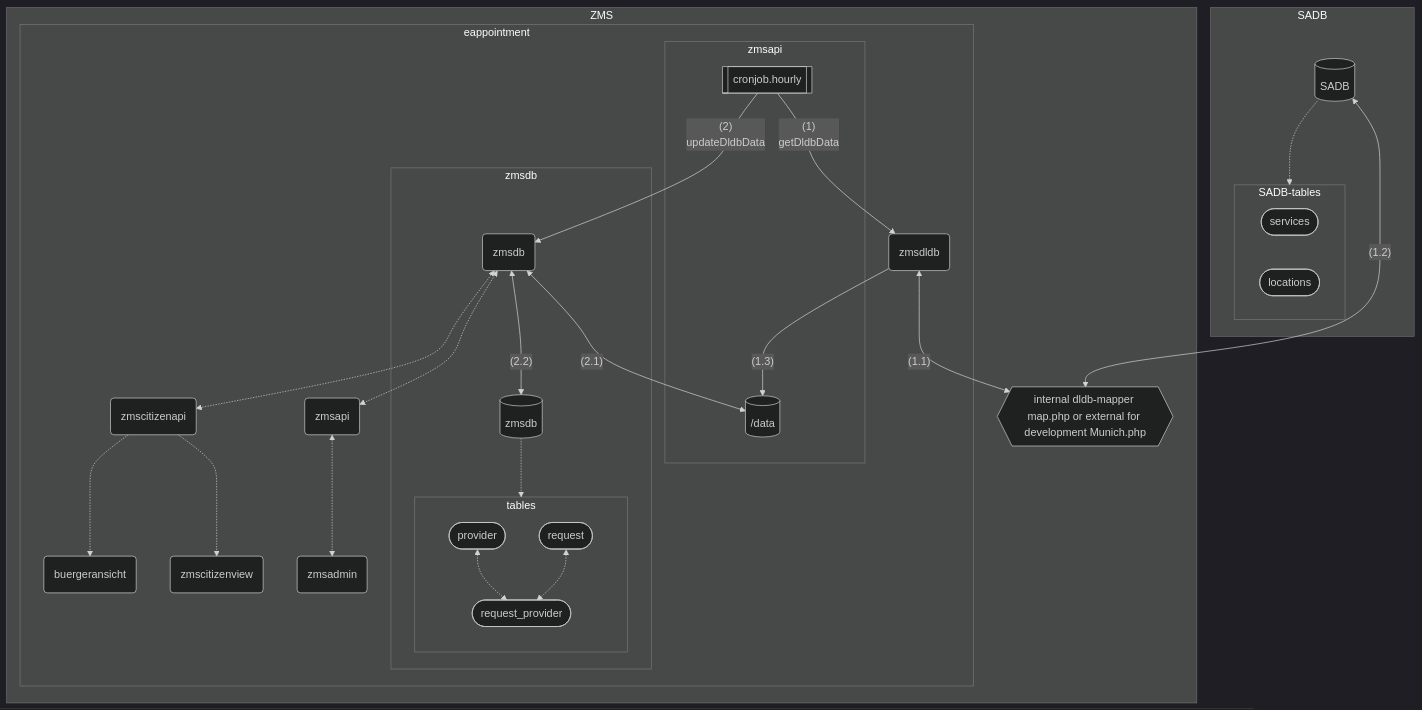
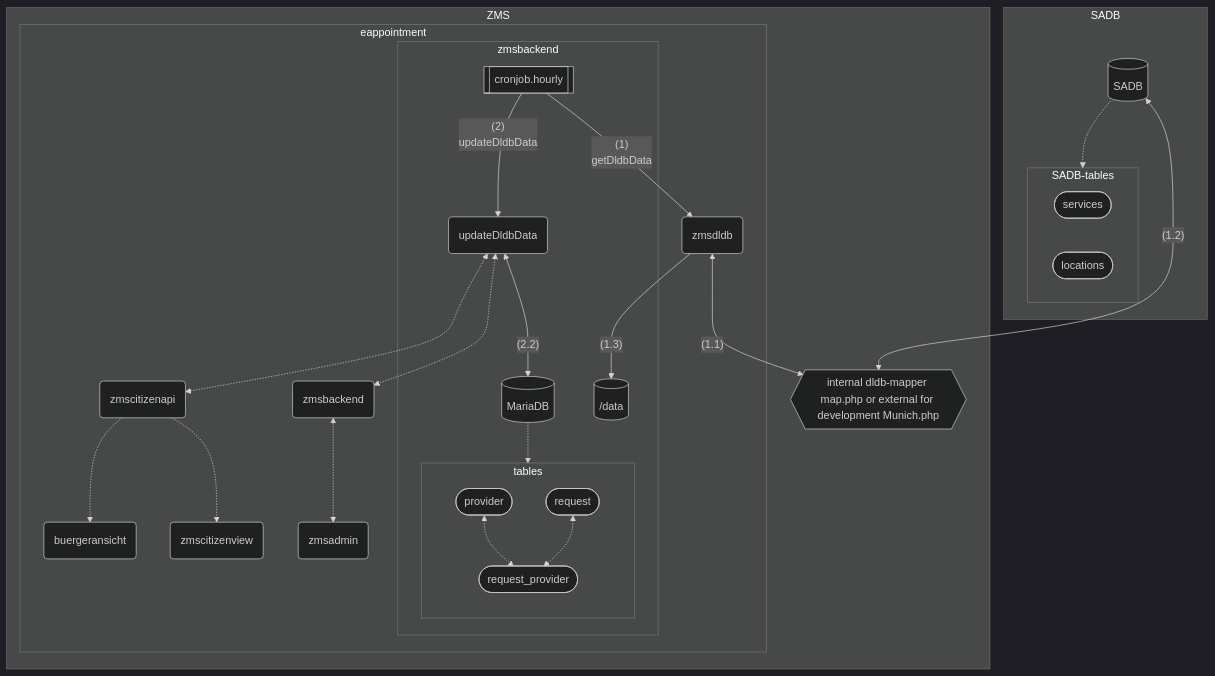
Before and after one commit to it-at-m/eappointment: the first of 3 diagrams in docs/en/operations/dldb-interface-documentation.md, drawn with Mermaid (dark theme). The commit also changed other lines of this file and 32 other files, not shown here.

````diff
--- a/docs/en/operations/dldb-interface-documentation.md
+++ b/docs/en/operations/dldb-interface-documentation.md
@@ -14,65 +14,61 @@
 ```mermaid
 flowchart TB
     subgraph SADB
         db1[(SADB)]
         db1 -.-> SADB-tables
         subgraph SADB-tables
             l([services])
             m([locations])
         end
     end
 
     map{{internal dldb-mapper map.php or external for development Munich.php}}
     db1 <-- "(1.2)" ---> map
 
     subgraph ZMS
 
         b <-- "(1.1)" --> map
 
 
         subgraph eappointment
 
-            subgraph zmsapi
+            subgraph zmsbackend
                 a1[[cronjob.hourly]]
                 a2[(/data)]
-            end
-
-            b(zmsdldb)
-            a1 -- "(1) <br> getDldbData" --> b
-            b -- "(1.3)" --> a2
-            a1 -- "(2) <br> updateDldbData" --> c
-            c <-- "(2.1)" --> a2
-
-            subgraph zmsdb
-                c(zmsdb)
+                c(updateDldbData)
                 c <-- "(2.2)" --> db2
-                db2[(zmsdb)]
+                db2[(MariaDB)]
 
                 subgraph tables
                     direction TB
                     i([provider])
                     j([request])
                     k([request_provider])
                     i <-.-> k
                     j <-.-> k
                 end
 
                 db2 -.-> tables
 
             end
 
+            b(zmsdldb)
+            a1 -- "(1) <br> getDldbData" --> b
+            b -- "(1.3)" --> a2
+            a1 -- "(2) <br> updateDldbData" --> c
+
             c <-.-> d
             d <-.-> e
             c <-.-> f
-            d(zmsapi)
+            d(zmsbackend)
             e(zmsadmin)
             f(zmscitizenapi)
             g(zmscitizenview)
             h(buergeransicht)
 
             f -.-> g
             f -.-> h
 
         end
     end
 ```
````
